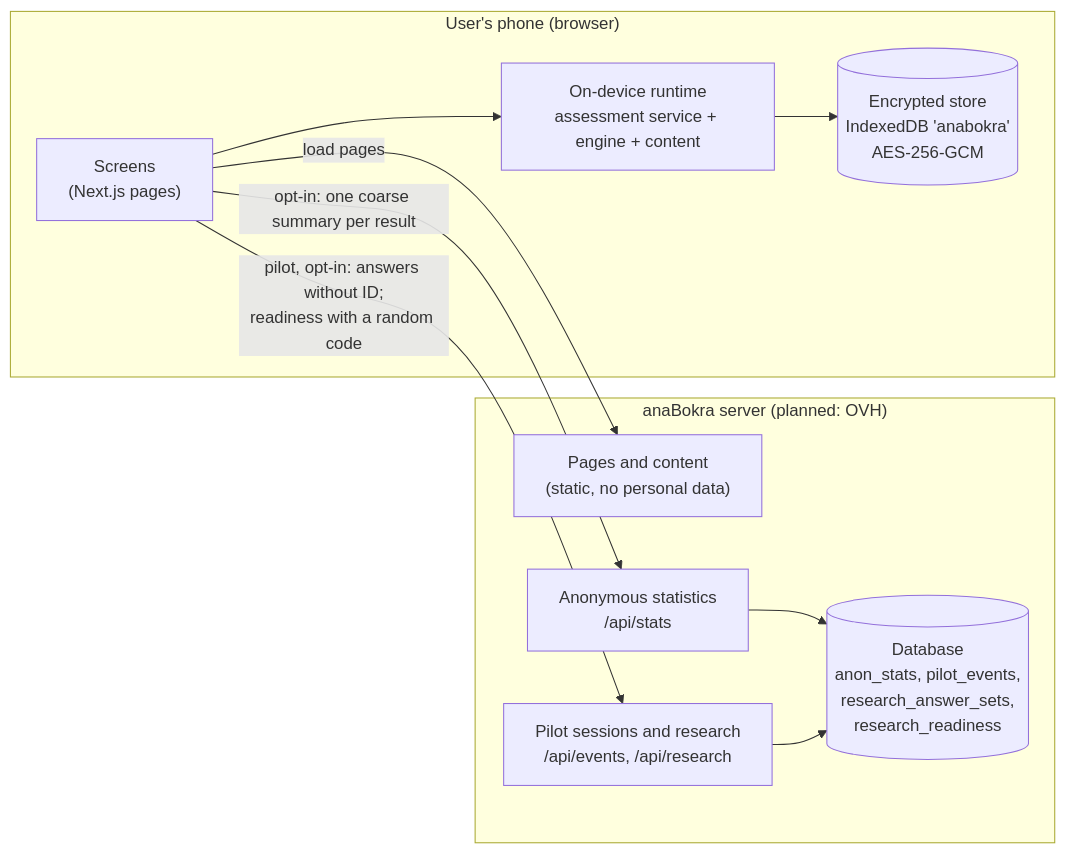
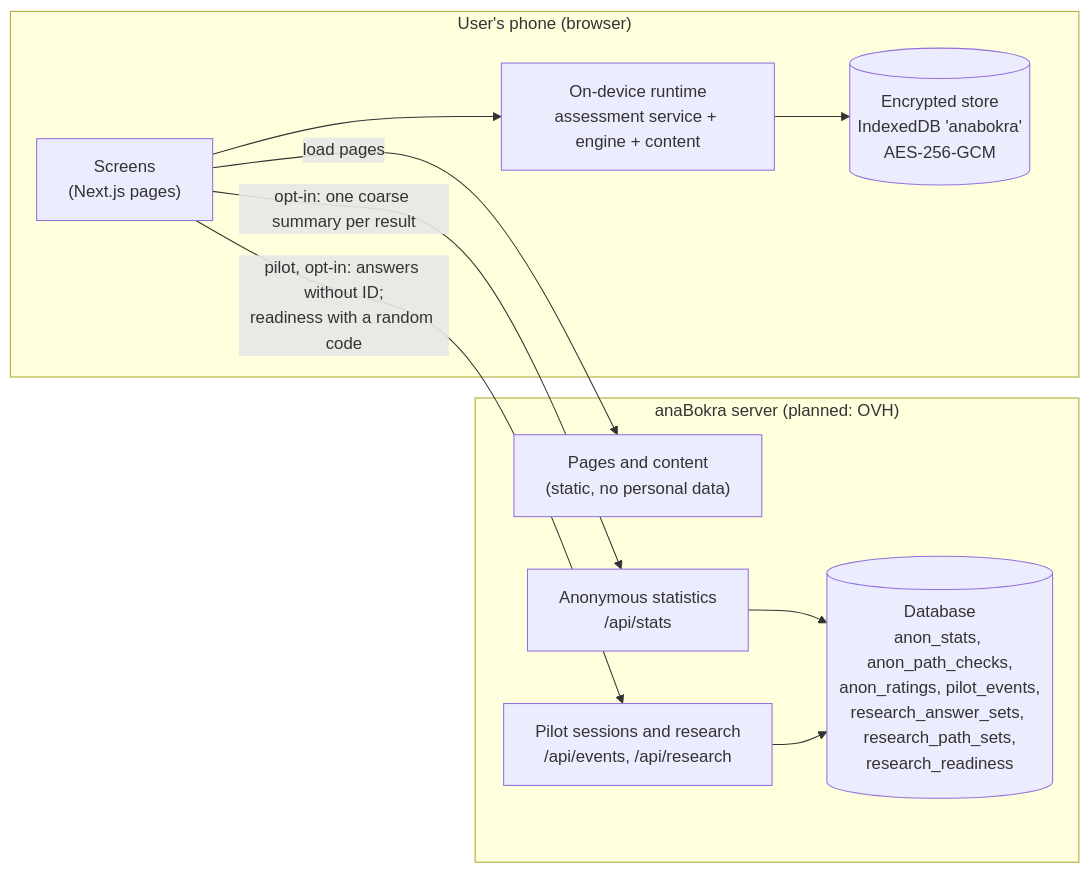
Before and after one commit to geomagdy95-netizen/anaBokra: the diagram in docs/system/README.md, drawn with Mermaid. The commit also changed 36 other files, not shown here.

````diff
--- a/docs/system/README.md
+++ b/docs/system/README.md
@@ -42,22 +42,22 @@
 ```mermaid
 flowchart LR
     subgraph phone["User's phone (browser)"]
         ui["Screens<br/>(Next.js pages)"]
         rt["On-device runtime<br/>assessment service + engine + content"]
         store[("Encrypted store<br/>IndexedDB 'anabokra'<br/>AES-256-GCM")]
         ui --> rt --> store
     end
 
     subgraph server["anaBokra server (planned: OVH)"]
         pages["Pages and content<br/>(static, no personal data)"]
         stats["Anonymous statistics<br/>/api/stats"]
         research["Pilot sessions and research<br/>/api/events, /api/research"]
-        db[("Database<br/>anon_stats, pilot_events,<br/>research_answer_sets,<br/>research_readiness")]
+        db[("Database<br/>anon_stats, anon_path_checks,<br/>anon_ratings, pilot_events,<br/>research_answer_sets, research_path_sets,<br/>research_readiness")]
         stats --> db
         research --> db
     end
 
     ui -- "load pages" --> pages
     ui -- "opt-in: one coarse summary per result" --> stats
     ui -- "pilot, opt-in: answers without ID;<br/>readiness with a random code" --> research
 ```
````
